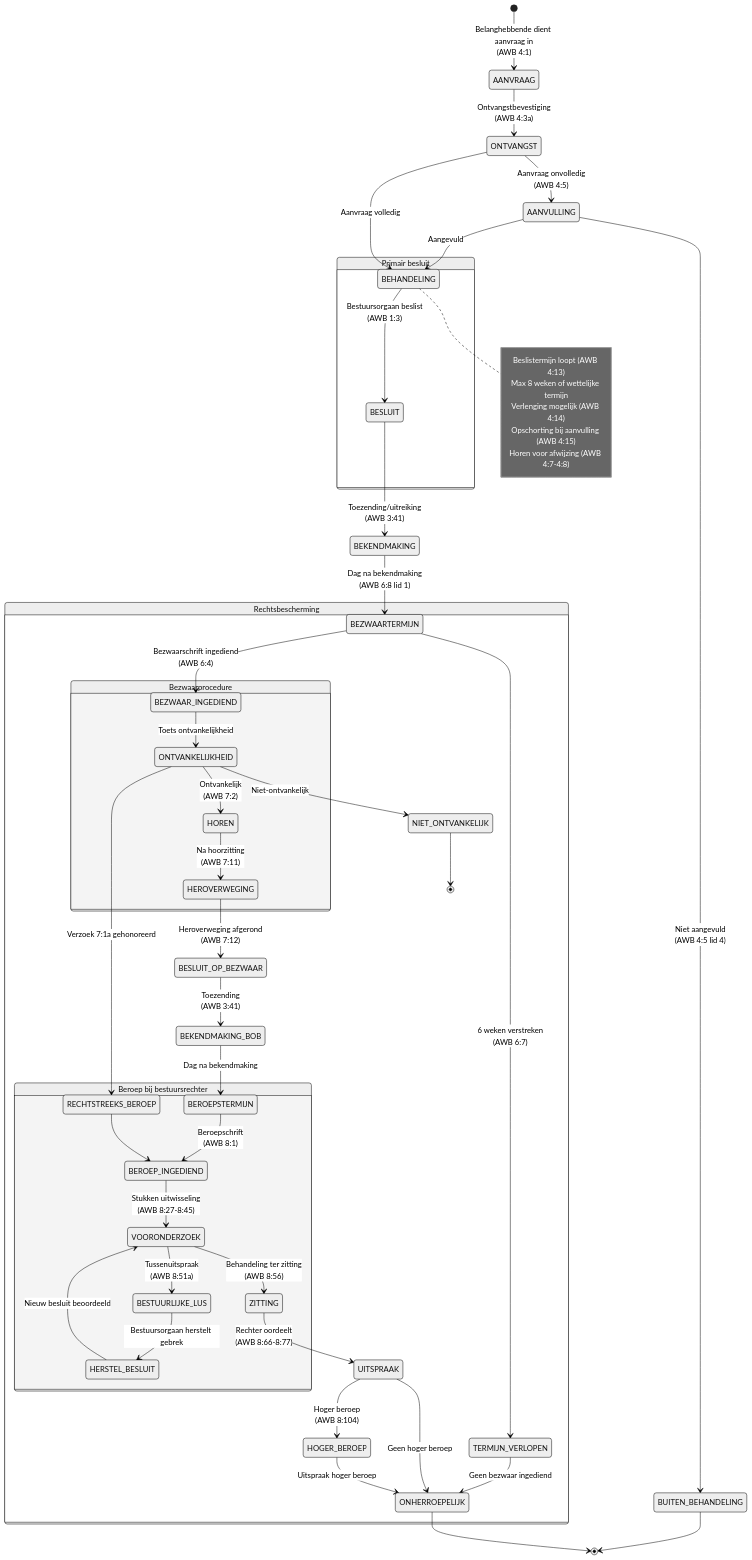
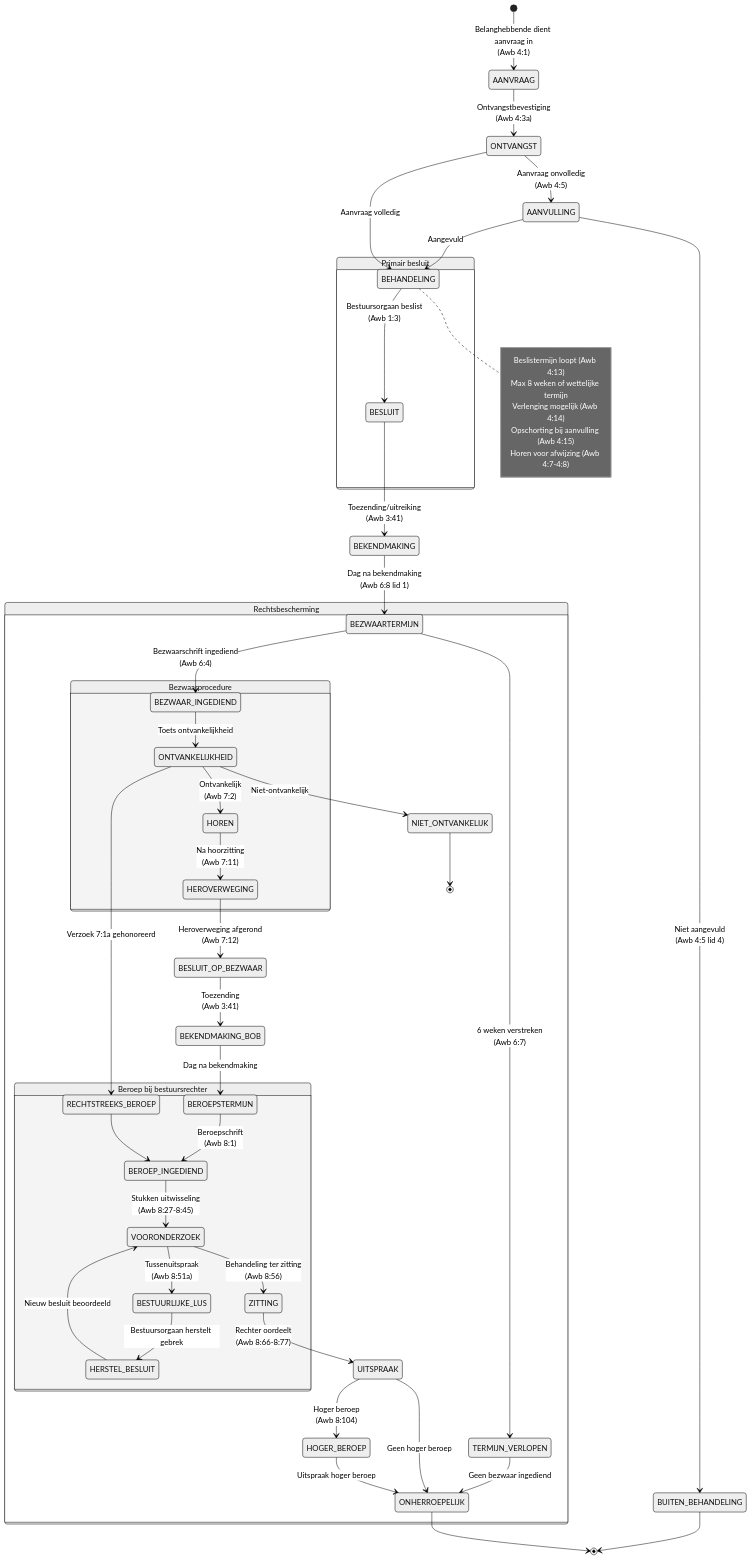
Before and after one commit to MinBZK/regelrecht: the second of 5 diagrams in docs/src/content/rfcs/rfc-008.md, drawn with Mermaid (neutral theme). The commit also changed other lines of this file and 18 other files, not shown here.

````diff
--- a/docs/src/content/rfcs/rfc-008.md
+++ b/docs/src/content/rfcs/rfc-008.md
@@ -586,65 +586,65 @@
 ```mermaid
 stateDiagram-v2
-    [*] --> AANVRAAG: Belanghebbende dient aanvraag in<br/>(AWB 4:1)
+    [*] --> AANVRAAG: Belanghebbende dient aanvraag in<br/>(Awb 4:1)
 
-    AANVRAAG --> ONTVANGST: Ontvangstbevestiging<br/>(AWB 4:3a)
-    ONTVANGST --> AANVULLING: Aanvraag onvolledig<br/>(AWB 4:5)
+    AANVRAAG --> ONTVANGST: Ontvangstbevestiging<br/>(Awb 4:3a)
+    ONTVANGST --> AANVULLING: Aanvraag onvolledig<br/>(Awb 4:5)
     AANVULLING --> BEHANDELING: Aangevuld
-    AANVULLING --> BUITEN_BEHANDELING: Niet aangevuld<br/>(AWB 4:5 lid 4)
+    AANVULLING --> BUITEN_BEHANDELING: Niet aangevuld<br/>(Awb 4:5 lid 4)
     ONTVANGST --> BEHANDELING: Aanvraag volledig
 
     BUITEN_BEHANDELING --> [*]
 
     state "Primair besluit" as primair {
-        BEHANDELING --> BESLUIT: Bestuursorgaan beslist<br/>(AWB 1:3)
+        BEHANDELING --> BESLUIT: Bestuursorgaan beslist<br/>(Awb 1:3)
 
         note right of BEHANDELING
-            Beslistermijn loopt (AWB 4:13)
+            Beslistermijn loopt (Awb 4:13)
             Max 8 weken of wettelijke termijn
-            Verlenging mogelijk (AWB 4:14)
-            Opschorting bij aanvulling (AWB 4:15)
-            Horen voor afwijzing (AWB 4:7-4:8)
+            Verlenging mogelijk (Awb 4:14)
+            Opschorting bij aanvulling (Awb 4:15)
+            Horen voor afwijzing (Awb 4:7-4:8)
         end note
     }
 
-    BESLUIT --> BEKENDMAKING: Toezending/uitreiking<br/>(AWB 3:41)
-    BEKENDMAKING --> BEZWAARTERMIJN: Dag na bekendmaking<br/>(AWB 6:8 lid 1)
+    BESLUIT --> BEKENDMAKING: Toezending/uitreiking<br/>(Awb 3:41)
+    BEKENDMAKING --> BEZWAARTERMIJN: Dag na bekendmaking<br/>(Awb 6:8 lid 1)
 
     state "Rechtsbescherming" as rechtsbescherming {
-        BEZWAARTERMIJN --> TERMIJN_VERLOPEN: 6 weken verstreken<br/>(AWB 6:7)
-        BEZWAARTERMIJN --> BEZWAAR_INGEDIEND: Bezwaarschrift ingediend<br/>(AWB 6:4)
+        BEZWAARTERMIJN --> TERMIJN_VERLOPEN: 6 weken verstreken<br/>(Awb 6:7)
+        BEZWAARTERMIJN --> BEZWAAR_INGEDIEND: Bezwaarschrift ingediend<br/>(Awb 6:4)
 
         TERMIJN_VERLOPEN --> ONHERROEPELIJK: Geen bezwaar ingediend
 
         state "Bezwaarprocedure" as bezwaar {
             BEZWAAR_INGEDIEND --> ONTVANKELIJKHEID: Toets ontvankelijkheid
             ONTVANKELIJKHEID --> NIET_ONTVANKELIJK: Niet-ontvankelijk
-            ONTVANKELIJKHEID --> HOREN: Ontvankelijk<br/>(AWB 7:2)
+            ONTVANKELIJKHEID --> HOREN: Ontvankelijk<br/>(Awb 7:2)
             ONTVANKELIJKHEID --> RECHTSTREEKS_BEROEP: Verzoek 7:1a gehonoreerd
-            HOREN --> HEROVERWEGING: Na hoorzitting<br/>(AWB 7:11)
-            HEROVERWEGING --> BESLUIT_OP_BEZWAAR: Heroverweging afgerond<br/>(AWB 7:12)
+            HOREN --> HEROVERWEGING: Na hoorzitting<br/>(Awb 7:11)
+            HEROVERWEGING --> BESLUIT_OP_BEZWAAR: Heroverweging afgerond<br/>(Awb 7:12)
         }
 
         NIET_ONTVANKELIJK --> [*]
-        BESLUIT_OP_BEZWAAR --> BEKENDMAKING_BOB: Toezending<br/>(AWB 3:41)
+        BESLUIT_OP_BEZWAAR --> BEKENDMAKING_BOB: Toezending<br/>(Awb 3:41)
         BEKENDMAKING_BOB --> BEROEPSTERMIJN: Dag na bekendmaking
 
         state "Beroep bij bestuursrechter" as beroep_fase {
-            BEROEPSTERMIJN --> BEROEP_INGEDIEND: Beroepschrift<br/>(AWB 8:1)
+            BEROEPSTERMIJN --> BEROEP_INGEDIEND: Beroepschrift<br/>(Awb 8:1)
             RECHTSTREEKS_BEROEP --> BEROEP_INGEDIEND
-            BEROEP_INGEDIEND --> VOORONDERZOEK: Stukken uitwisseling<br/>(AWB 8:27-8:45)
-            VOORONDERZOEK --> ZITTING: Behandeling ter zitting<br/>(AWB 8:56)
-            ZITTING --> UITSPRAAK: Rechter oordeelt<br/>(AWB 8:66-8:77)
+            BEROEP_INGEDIEND --> VOORONDERZOEK: Stukken uitwisseling<br/>(Awb 8:27-8:45)
+            VOORONDERZOEK --> ZITTING: Behandeling ter zitting<br/>(Awb 8:56)
+            ZITTING --> UITSPRAAK: Rechter oordeelt<br/>(Awb 8:66-8:77)
 
-            VOORONDERZOEK --> BESTUURLIJKE_LUS: Tussenuitspraak<br/>(AWB 8:51a)
+            VOORONDERZOEK --> BESTUURLIJKE_LUS: Tussenuitspraak<br/>(Awb 8:51a)
             BESTUURLIJKE_LUS --> HERSTEL_BESLUIT: Bestuursorgaan herstelt gebrek
             HERSTEL_BESLUIT --> VOORONDERZOEK: Nieuw besluit beoordeeld
         }
 
-        UITSPRAAK --> HOGER_BEROEP: Hoger beroep<br/>(AWB 8:104)
+        UITSPRAAK --> HOGER_BEROEP: Hoger beroep<br/>(Awb 8:104)
         UITSPRAAK --> ONHERROEPELIJK: Geen hoger beroep
         HOGER_BEROEP --> ONHERROEPELIJK: Uitspraak hoger beroep
     }
 
     ONHERROEPELIJK --> [*]
 ```
````
